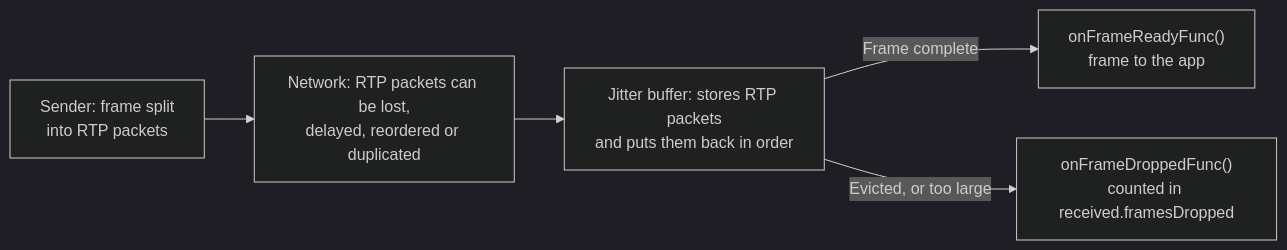
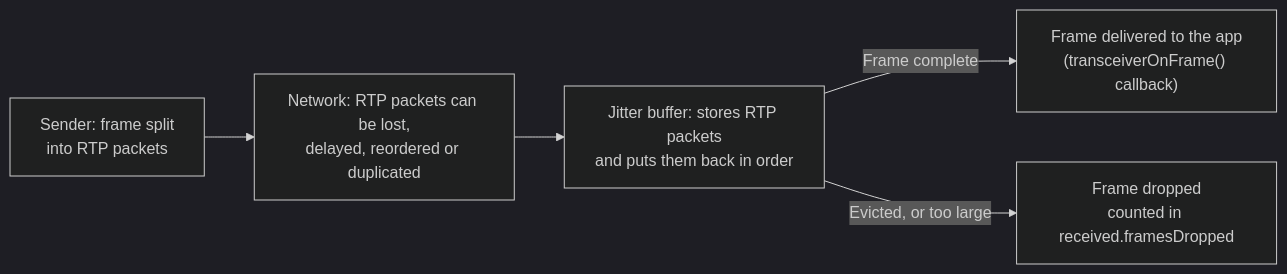
Before and after one commit to awslabs/amazon-kinesis-video-streams-webrtc-sdk-c: the first of 3 diagrams in docs/FRAME_SIZE_LIMITS.md, drawn with Mermaid (dark theme). The commit also changed other lines of this file and 3 other files, not shown here.

````diff
--- a/docs/FRAME_SIZE_LIMITS.md
+++ b/docs/FRAME_SIZE_LIMITS.md
@@ -97,7 +80,7 @@
 ```mermaid
 flowchart LR
     A["Sender: frame split<br/>into RTP packets"] --> B["Network: RTP packets can be lost,<br/>delayed, reordered or duplicated"]
     B --> C["Jitter buffer: stores RTP packets<br/>and puts them back in order"]
-    C -- "Frame complete" --> D["onFrameReadyFunc()<br/>frame to the app"]
-    C -- "Evicted, or too large" --> E["onFrameDroppedFunc()<br/>counted in received.framesDropped"]
+    C -- "Frame complete" --> D["Frame delivered to the app<br/>(transceiverOnFrame() callback)"]
+    C -- "Evicted, or too large" --> E["Frame dropped<br/>counted in received.framesDropped"]
 ```
````
